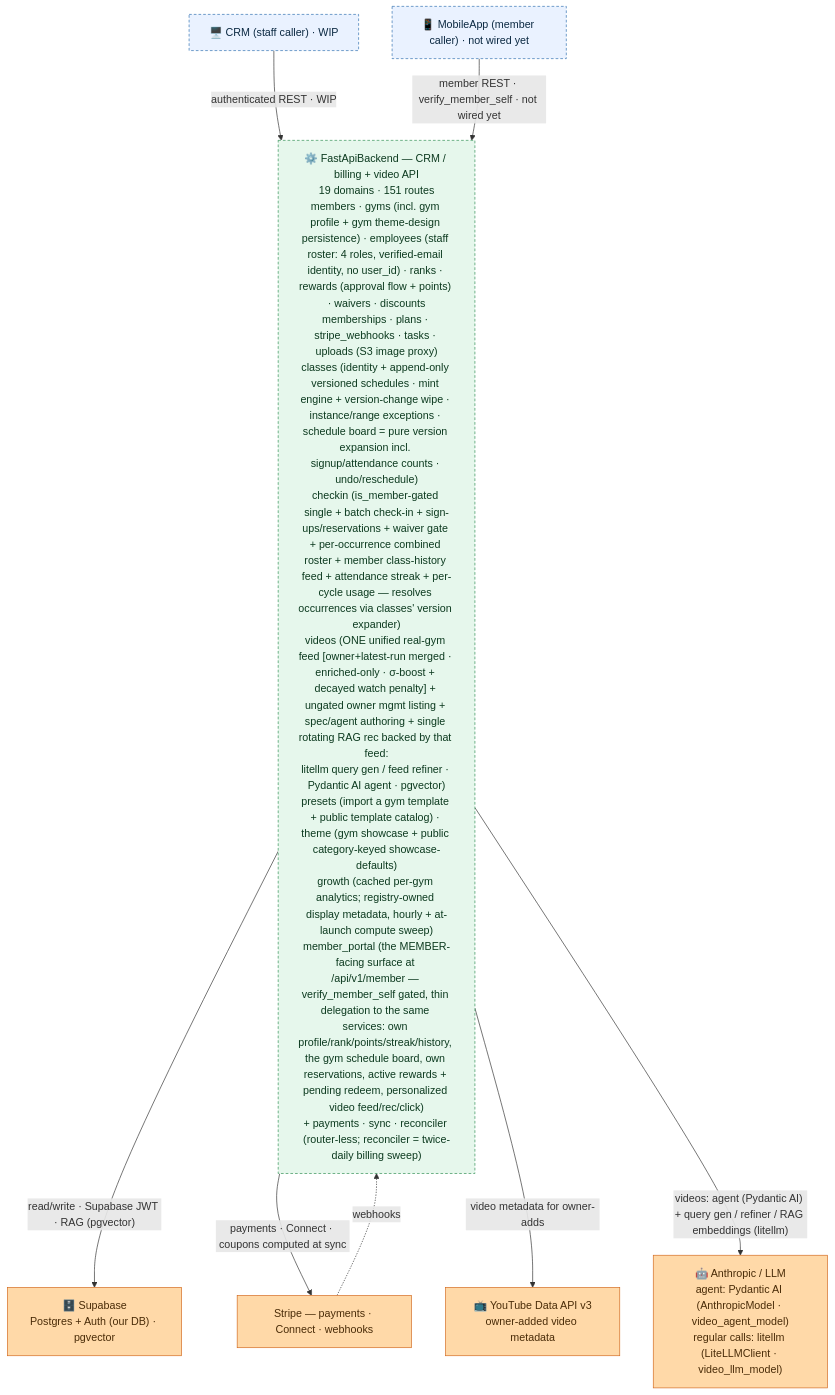
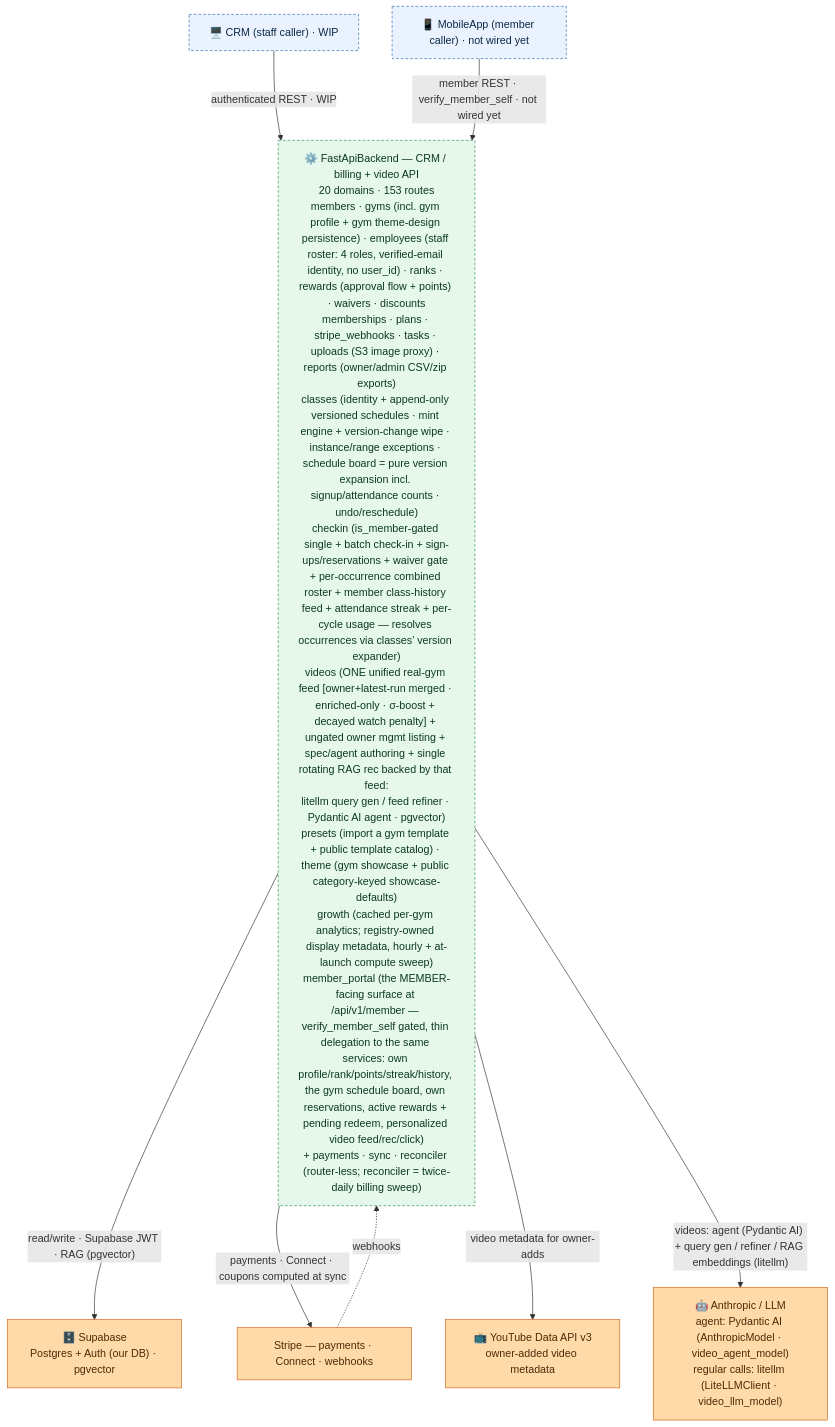
The diagram in FastApiBackend/README.md (jesse51002/CombatDen), drawn with Mermaid before and after one commit. The commit also changed other lines of this file and 96 other files, not shown here.

First line of the commit message:
Reports & CSV exports: monthly/all-time report zips + full data export (Settings) (#58)

````diff
--- a/FastApiBackend/README.md
+++ b/FastApiBackend/README.md
@@ -16,26 +16,26 @@
 ```mermaid
 flowchart TB
   CRM["🖥️ CRM (staff caller) · WIP"]
   MobileApp["📱 MobileApp (member caller) · not wired yet"]
-  FB["⚙️ FastApiBackend — CRM / billing + video API<br/>19 domains · 151 routes<br/>members · gyms (incl. gym profile + gym theme-design persistence) · employees (staff roster: 4 roles, verified-email identity, no user_id) · ranks · rewards (approval flow + points) · waivers · discounts<br/>memberships · plans · stripe_webhooks · tasks · uploads (S3 image proxy)<br/>classes (identity + append-only versioned schedules · mint engine + version-change wipe · instance/range exceptions · schedule board = pure version expansion incl. signup/attendance counts · undo/reschedule)<br/>checkin (is_member-gated single + batch check-in + sign-ups/reservations + waiver gate + per-occurrence combined roster + member class-history feed + attendance streak + per-cycle usage — resolves occurrences via classes' version expander)<br/>videos (ONE unified real-gym feed [owner+latest-run merged · enriched-only · σ-boost + decayed watch penalty] + ungated owner mgmt listing + spec/agent authoring + single rotating RAG rec backed by that feed:<br/>litellm query gen / feed refiner · Pydantic AI agent · pgvector)<br/>presets (import a gym template + public template catalog) · theme (gym showcase + public category-keyed showcase-defaults)<br/>growth (cached per-gym analytics; registry-owned display metadata, hourly + at-launch compute sweep)<br/>member_portal (the MEMBER-facing surface at /api/v1/member — verify_member_self gated, thin delegation to the same services: own profile/rank/points/streak/history, the gym schedule board, own reservations, active rewards + pending redeem, personalized video feed/rec/click)<br/>+ payments · sync · reconciler (router-less; reconciler = twice-daily billing sweep)"]
+  FB["⚙️ FastApiBackend — CRM / billing + video API<br/>20 domains · 153 routes<br/>members · gyms (incl. gym profile + gym theme-design persistence) · employees (staff roster: 4 roles, verified-email identity, no user_id) · ranks · rewards (approval flow + points) · waivers · discounts<br/>memberships · plans · stripe_webhooks · tasks · uploads (S3 image proxy) · reports (owner/admin CSV/zip exports)<br/>classes (identity + append-only versioned schedules · mint engine + version-change wipe · instance/range exceptions · schedule board = pure version expansion incl. signup/attendance counts · undo/reschedule)<br/>checkin (is_member-gated single + batch check-in + sign-ups/reservations + waiver gate + per-occurrence combined roster + member class-history feed + attendance streak + per-cycle usage — resolves occurrences via classes' version expander)<br/>videos (ONE unified real-gym feed [owner+latest-run merged · enriched-only · σ-boost + decayed watch penalty] + ungated owner mgmt listing + spec/agent authoring + single rotating RAG rec backed by that feed:<br/>litellm query gen / feed refiner · Pydantic AI agent · pgvector)<br/>presets (import a gym template + public template catalog) · theme (gym showcase + public category-keyed showcase-defaults)<br/>growth (cached per-gym analytics; registry-owned display metadata, hourly + at-launch compute sweep)<br/>member_portal (the MEMBER-facing surface at /api/v1/member — verify_member_self gated, thin delegation to the same services: own profile/rank/points/streak/history, the gym schedule board, own reservations, active rewards + pending redeem, personalized video feed/rec/click)<br/>+ payments · sync · reconciler (router-less; reconciler = twice-daily billing sweep)"]
   Supabase["🗄️ Supabase<br/>Postgres + Auth (our DB) · pgvector"]
   Stripe["Stripe — payments · Connect · webhooks"]
   YouTube["📺 YouTube Data API v3<br/>owner-added video metadata"]
   LLMProvider["🤖 Anthropic / LLM<br/>agent: Pydantic AI (AnthropicModel · video_agent_model)<br/>regular calls: litellm (LiteLLMClient · video_llm_model)"]
   CRM -->|"authenticated REST · WIP"| FB
   MobileApp -->|"member REST · verify_member_self · not wired yet"| FB
   FB -->|"read/write · Supabase JWT · RAG (pgvector)"| Supabase
   FB -->|"payments · Connect · coupons computed at sync"| Stripe
   Stripe -.->|"webhooks"| FB
   FB -->|"video metadata for owner-adds"| YouTube
   FB -->|"videos: agent (Pydantic AI) + query gen / refiner / RAG embeddings (litellm)"| LLMProvider
   classDef client fill:#eaf2ff,stroke:#2f6fb0,color:#0b2942;
   classDef svc fill:#e6f7ec,stroke:#2f8f53,color:#0c3a1f;
   classDef ext fill:#ffd9a8,stroke:#d2691e,color:#4a2c08;
   class CRM,MobileApp client;
   class FB svc;
   class Supabase,Stripe,YouTube,LLMProvider ext;
   style CRM stroke-dasharray:4 3;
   style MobileApp stroke-dasharray:4 3;
   style FB stroke-dasharray:4 3;
 ```
````
